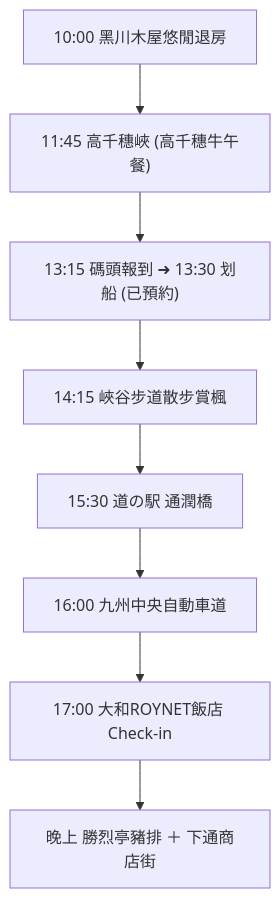
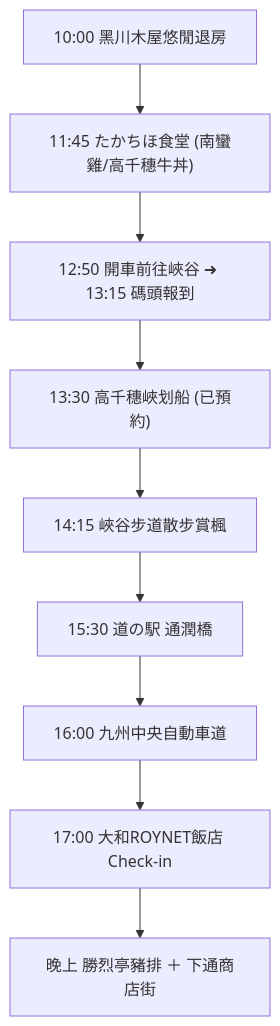
Before and after one commit to Eric-Jamie-Family/2026-japan-trip: the third of 5 diagrams in kyushu-autumn-travel-guide.md, drawn with Mermaid. The commit also changed other lines of this file and 5 other files, not shown here.

````diff
--- a/kyushu-autumn-travel-guide.md
+++ b/kyushu-autumn-travel-guide.md
@@ -148,10 +152,11 @@
 ```mermaid
 flowchart TD
-    A["10:00 黑川木屋悠閒退房"] --> B["11:45 高千穗峽 (高千穗牛午餐)"]
-    B --> C["13:15 碼頭報到 ➜ 13:30 划船 (已預約)"]
-    C --> D["14:15 峽谷步道散步賞楓"]
-    D --> E["15:30 道の駅 通潤橋"]
-    E --> F["16:00 九州中央自動車道"]
-    F --> G["17:00 大和ROYNET飯店 Check-in"]
-    G --> H["晚上 勝烈亭豬排 ＋ 下通商店街"]
+    A["10:00 黑川木屋悠閒退房"] --> B["11:45 たかちほ食堂 (南蠻雞/高千穗牛丼)"]
+    B --> C["12:50 開車前往峽谷 ➜ 13:15 碼頭報到"]
+    C --> D["13:30 高千穗峽划船 (已預約)"]
+    D --> E["14:15 峽谷步道散步賞楓"]
+    E --> F["15:30 道の駅 通潤橋"]
+    F --> G["16:00 九州中央自動車道"]
+    G --> H["17:00 大和ROYNET飯店 Check-in"]
+    H --> I["晚上 勝烈亭豬排 ＋ 下通商店街"]
 ```
````
